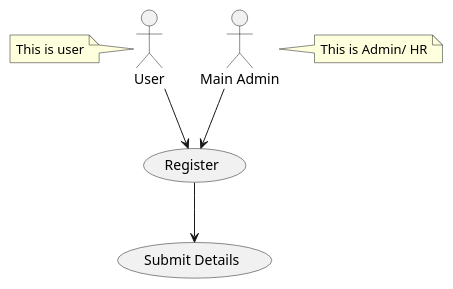
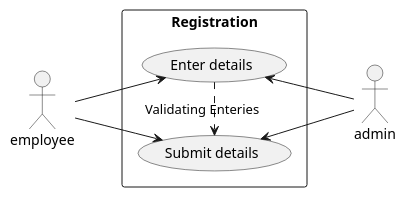
Before and after one commit to syedyasirali22/Attendance: the diagram in Diagrams/UseCaseDiagrams/RegisterUseCase.puml, drawn with PlantUML. The commit also changed 104 other files, not shown here.

Commit message:
Diagrams Added

```diff
--- a/Diagrams/UseCaseDiagrams/RegisterUseCase.puml
+++ b/Diagrams/UseCaseDiagrams/RegisterUseCase.puml
@@ -1,10 +1,17 @@
 @startuml
-:Main Admin: as Admin
-User --> (Register)
-Admin--> (Register)
-(Register) --> (Submit Details)
-note left of User: This is user
-note right of Admin : This is Admin/ HR
+'note left of User: This is user
+'note right of Admin : This is Admin/HR
 
+left to right direction
+skinparam packageStyle rectangle
+actor employee
+actor admin
+rectangle Registration {
+  employee --> (Enter details)
+  employee --> (Submit details)
+  (Enter details) .> (Submit details) : Validating Enteries
 
+  (Enter details) <-- admin
+  admin --> (Submit details)
+}
 @enduml
```
